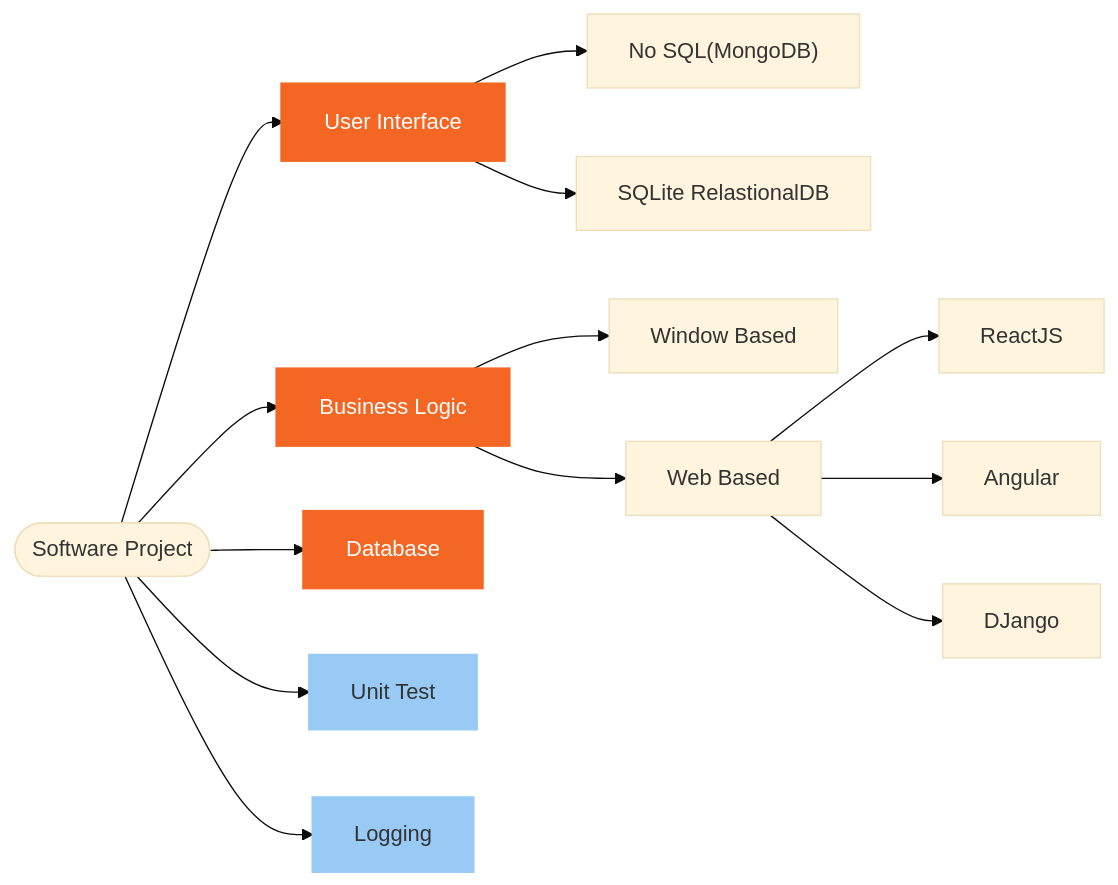
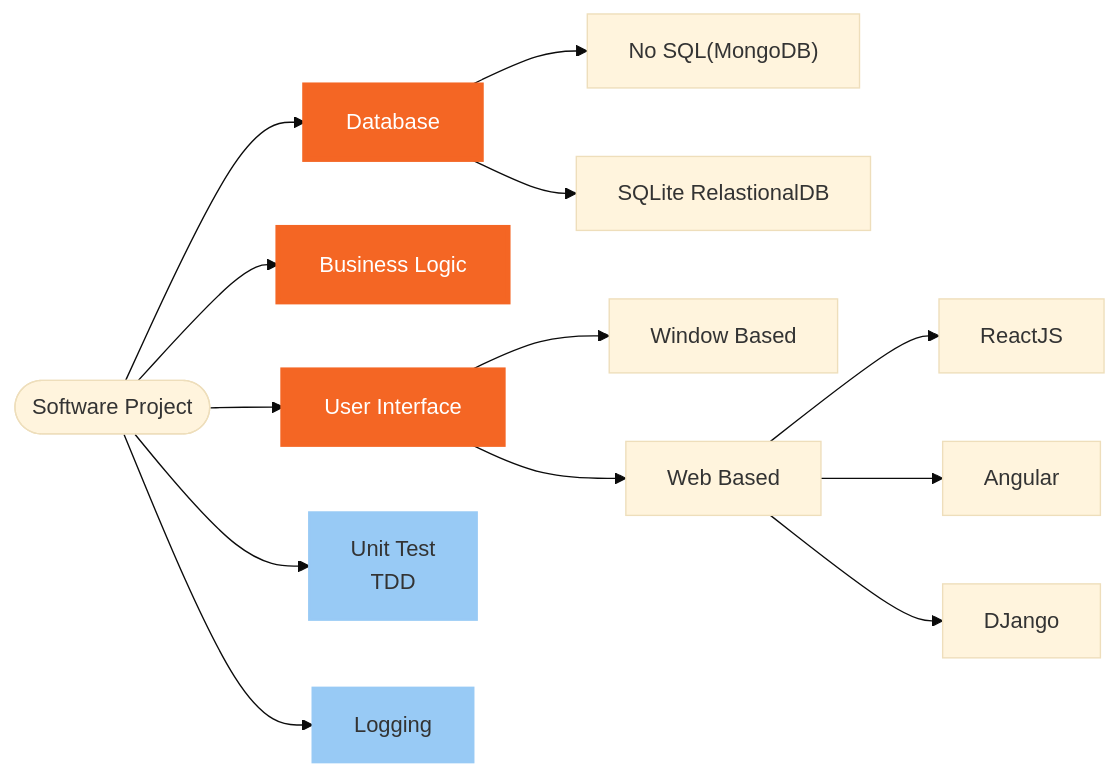
The fourth of 9 diagrams in doc/python.md (jwang1122/python), drawn with Mermaid (base theme) before and after one commit. The commit also changed other lines of this file and 12 other files, not shown here.

````diff
--- a/doc/python.md
+++ b/doc/python.md
@@ -363,28 +367,28 @@
 ```mermaid
 graph LR
 A([Software Project])
 D[User Interface]
 E[Business Logic]
 F[Database]
 G["No SQL(MongoDB)"]
 H["SQLite RelastionalDB"]
 I[Window Based]
 J[Web Based]
 K[ReactJS]
 L[Angular]
 M[DJango]
-N[Unit Test]
+N[Unit Test<br>TDD]
 O[Logging]
 
 
-A-->N & O & E & D & F
-D-->G & H
-E-->I & J
+A--> D & E & F & N & O
+D-->I & J
+F-->G & H
 J-->K & L & M
 
 classDef html fill:#F46624,stroke:#F46624,stroke-width:4px,color:white;
 classDef js fill:#98CAF5,stroke:#98CAF5,stroke-width:2px;
 
 class D,E,F html
 class N,O js
 ```
````
